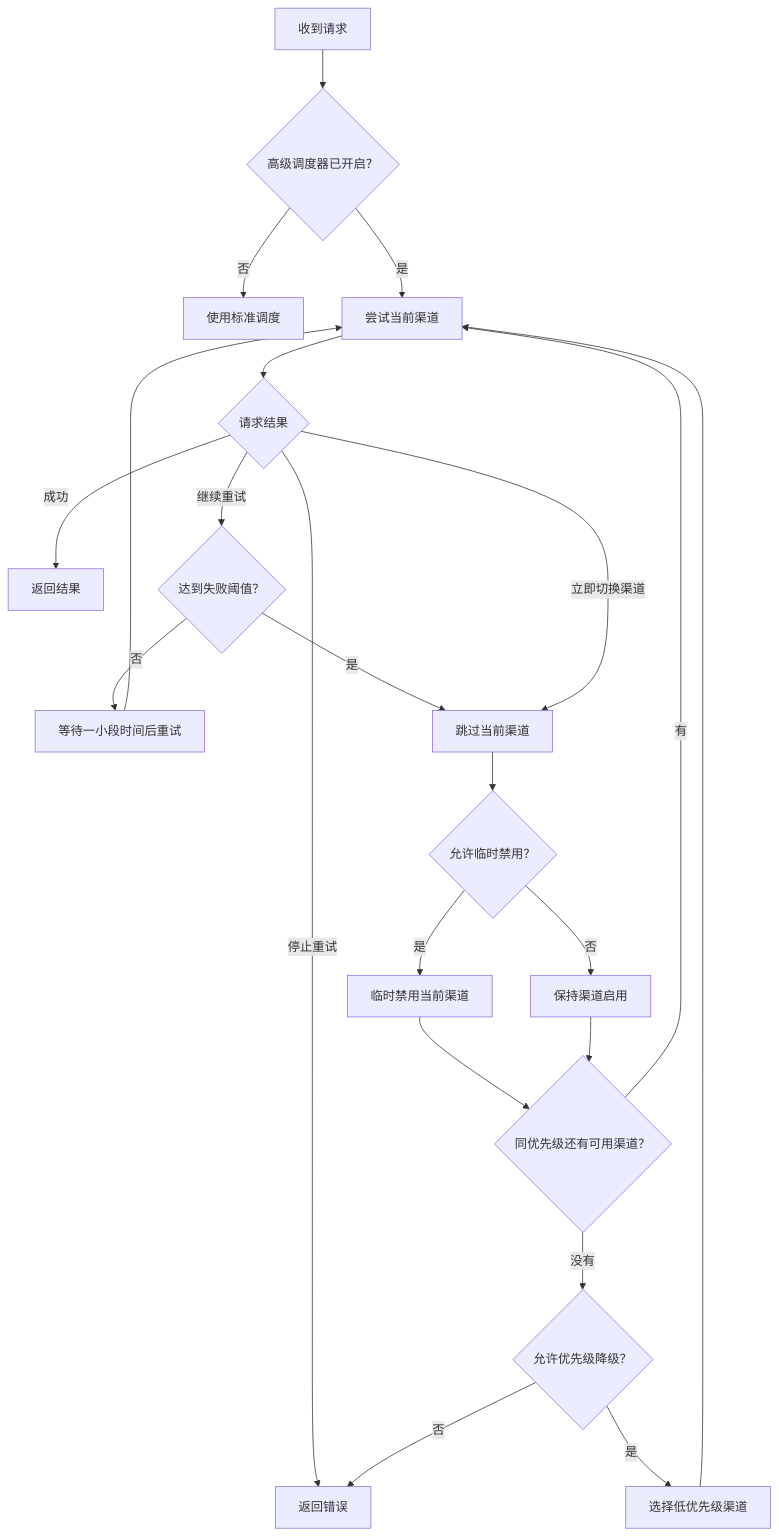
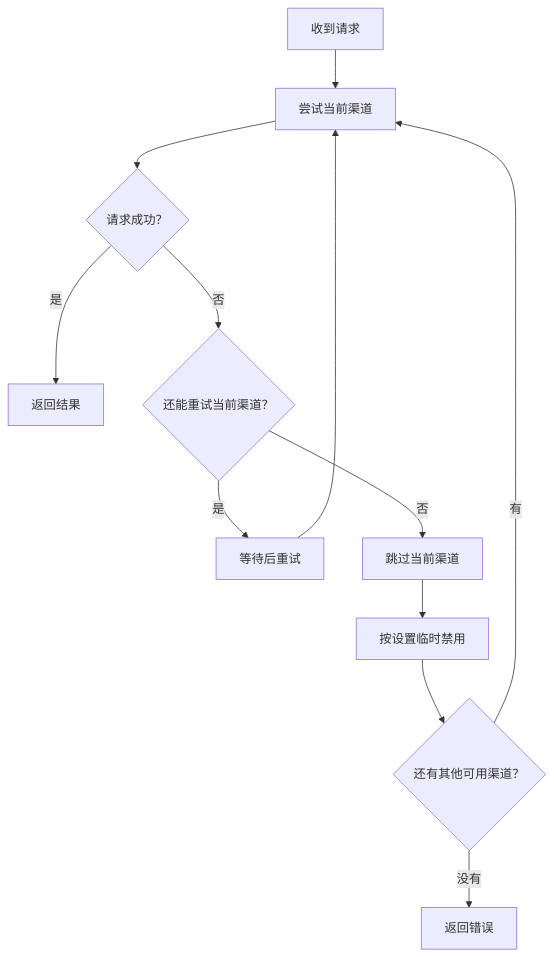
Before and after one commit to ccw-HE/new-api: the diagram in README-FORK.md, drawn with Mermaid. The commit also changed other lines of this file, not shown here.

````diff
--- a/README-FORK.md
+++ b/README-FORK.md
@@ -32,24 +30,14 @@
 ```mermaid
 flowchart TD
-    request["收到请求"] --> scheduler{"高级调度器已开启？"}
-    scheduler -- "否" --> standard["使用标准调度"]
-    scheduler -- "是" --> try_channel["尝试当前渠道"]
-    try_channel --> result{"请求结果"}
-    result -- "成功" --> success["返回结果"]
-    result -- "停止重试" --> error["返回错误"]
-    result -- "继续重试" --> threshold{"达到失败阈值？"}
-    threshold -- "否" --> wait["等待一小段时间后重试"]
-    wait --> try_channel
-    threshold -- "是" --> skip["跳过当前渠道"]
-    result -- "立即切换渠道" --> skip
-    skip --> disable_allowed{"允许临时禁用？"}
-    disable_allowed -- "是" --> disabled["临时禁用当前渠道"]
-    disable_allowed -- "否" --> enabled["保持渠道启用"]
-    disabled --> same_priority{"同优先级还有可用渠道？"}
-    enabled --> same_priority
-    same_priority -- "有" --> try_channel
-    same_priority -- "没有" --> fallback{"允许优先级降级？"}
-    fallback -- "是" --> lower_priority["选择低优先级渠道"]
-    lower_priority --> try_channel
-    fallback -- "否" --> error
+    request["收到请求"] --> channel["尝试当前渠道"]
+    channel --> result{"请求成功？"}
+    result -- "是" --> success["返回结果"]
+    result -- "否" --> retry{"还能重试当前渠道？"}
+    retry -- "是" --> wait["等待后重试"]
+    wait --> channel
+    retry -- "否" --> skip["跳过当前渠道"]
+    skip --> disable["按设置临时禁用"]
+    disable --> candidate{"还有其他可用渠道？"}
+    candidate -- "有" --> channel
+    candidate -- "没有" --> error["返回错误"]
 ```
````
